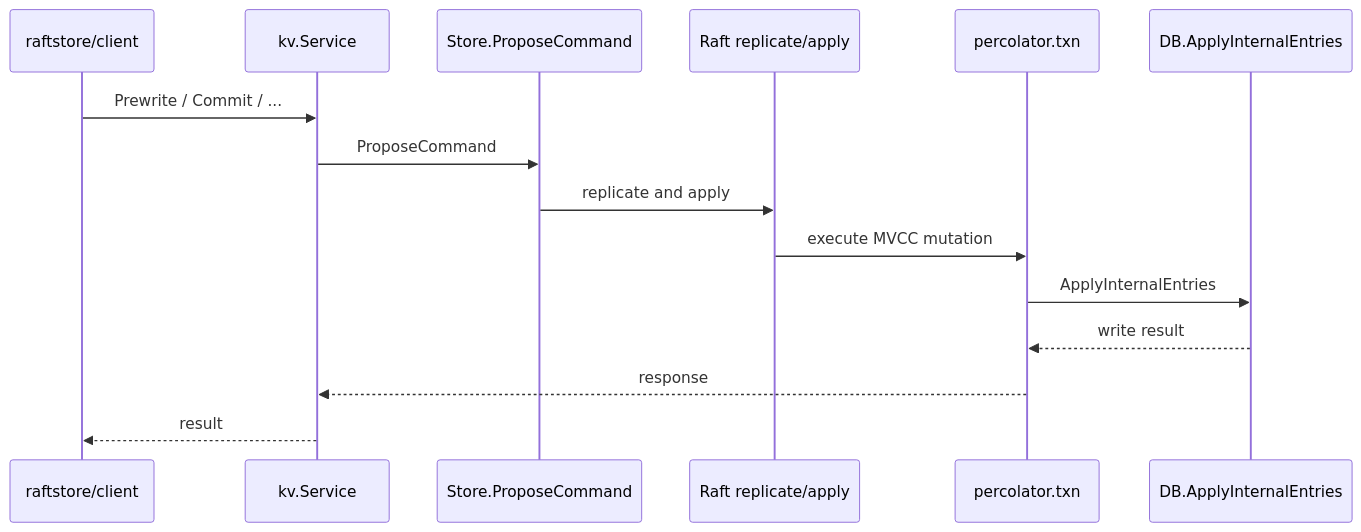
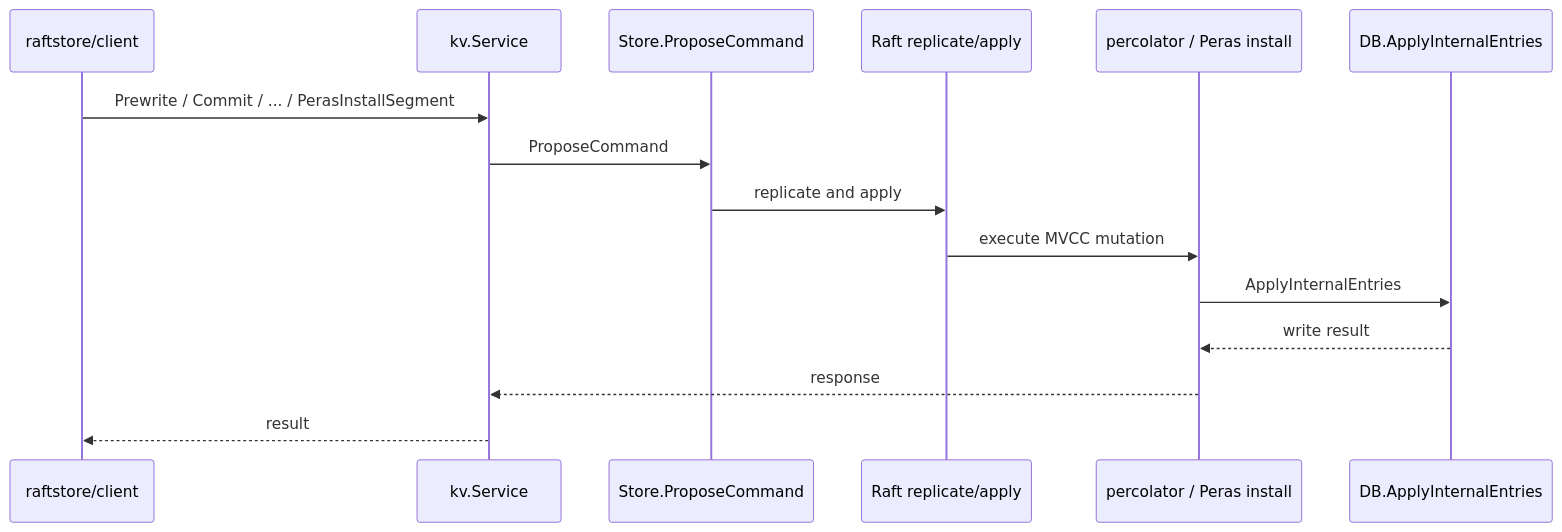
One commit to feichai0017/NoKV changed the third of 3 diagrams in docs/runtime.md. Above: the diagram before and after it, drawn with Mermaid. The commit also changed other lines of this file and 10 other files, not shown here.

First line of the commit message:
docs: document Peras architecture boundaries (#280)

````diff
--- a/docs/runtime.md
+++ b/docs/runtime.md
@@ -93,17 +93,17 @@
 ```mermaid
 sequenceDiagram
     participant CL as raftstore/client
     participant SVC as kv.Service
     participant ST as Store.ProposeCommand
     participant RF as Raft replicate/apply
-    participant TXN as percolator.txn
+    participant TXN as percolator / Peras install
     participant DB as DB.ApplyInternalEntries
-    CL->>SVC: Prewrite / Commit / ...
+    CL->>SVC: Prewrite / Commit / ... / PerasInstallSegment
     SVC->>ST: ProposeCommand
     ST->>RF: replicate and apply
     RF->>TXN: execute MVCC mutation
     TXN->>DB: ApplyInternalEntries
     DB-->>TXN: write result
     TXN-->>SVC: response
     SVC-->>CL: result
 ```
````
